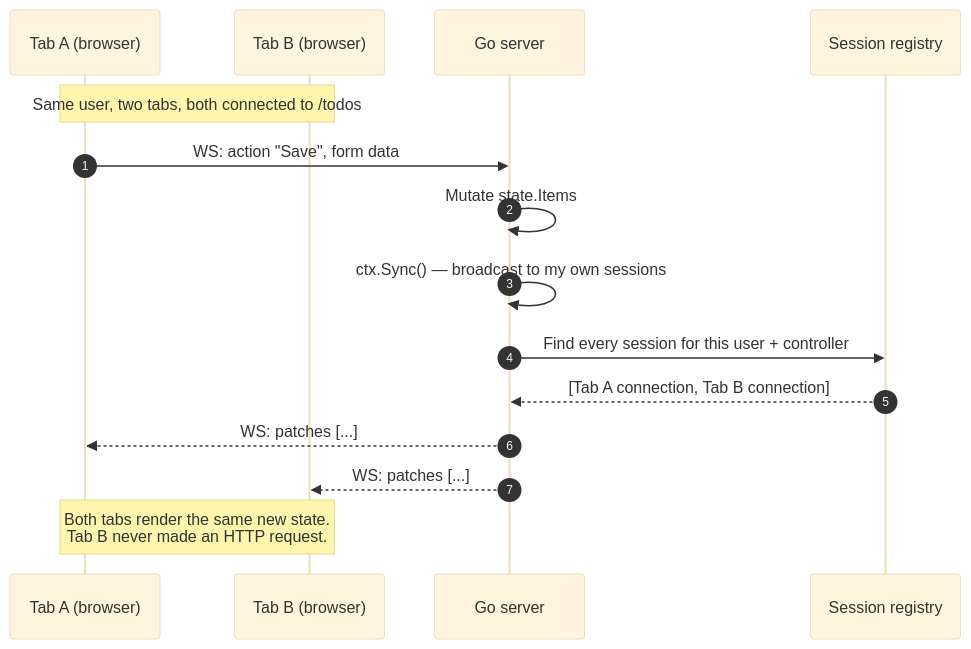
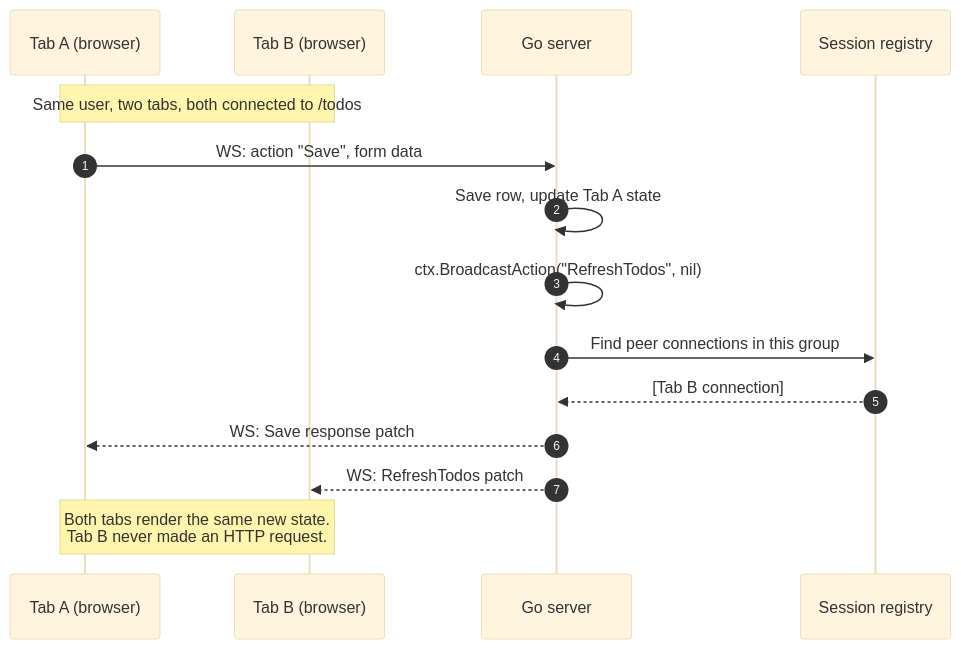
Before and after one commit to livetemplate/docs: the diagram in content/recipes/sync-and-broadcast.md, drawn with Mermaid (base theme). The commit also changed other lines of this file and 17 other files, not shown here.

Commit message:
docs: document explicit broadcast refresh (#16)

````diff
--- a/content/recipes/sync-and-broadcast.md
+++ b/content/recipes/sync-and-broadcast.md
@@ -22,18 +22,18 @@
 ```mermaid
 sequenceDiagram
     autonumber
     participant TabA as Tab A (browser)
     participant TabB as Tab B (browser)
     participant Server as Go server
     participant Sessions as Session registry
 
     Note over TabA,TabB: Same user, two tabs, both connected to /todos
     TabA->>Server: WS: action "Save", form data
-    Server->>Server: Mutate state.Items
-    Server->>Server: ctx.Sync() — broadcast to my own sessions
-    Server->>Sessions: Find every session for this user + controller
-    Sessions-->>Server: [Tab A connection, Tab B connection]
-    Server-->>TabA: WS: patches [...]
-    Server-->>TabB: WS: patches [...]
+    Server->>Server: Save row, update Tab A state
+    Server->>Server: ctx.BroadcastAction("RefreshTodos", nil)
+    Server->>Sessions: Find peer connections in this group
+    Sessions-->>Server: [Tab B connection]
+    Server-->>TabA: WS: Save response patch
+    Server-->>TabB: WS: RefreshTodos patch
     Note over TabA,TabB: Both tabs render the same new state. <br/>Tab B never made an HTTP request.
 ```
````
